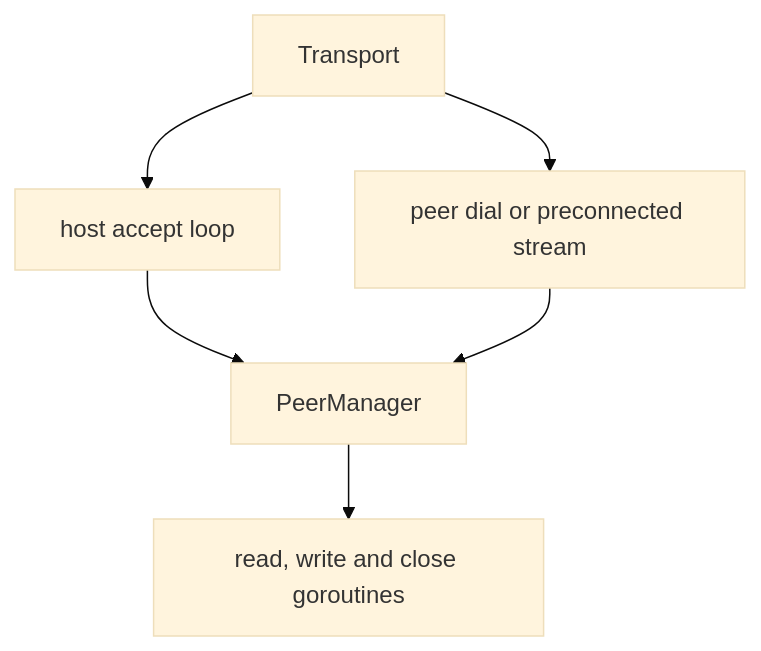
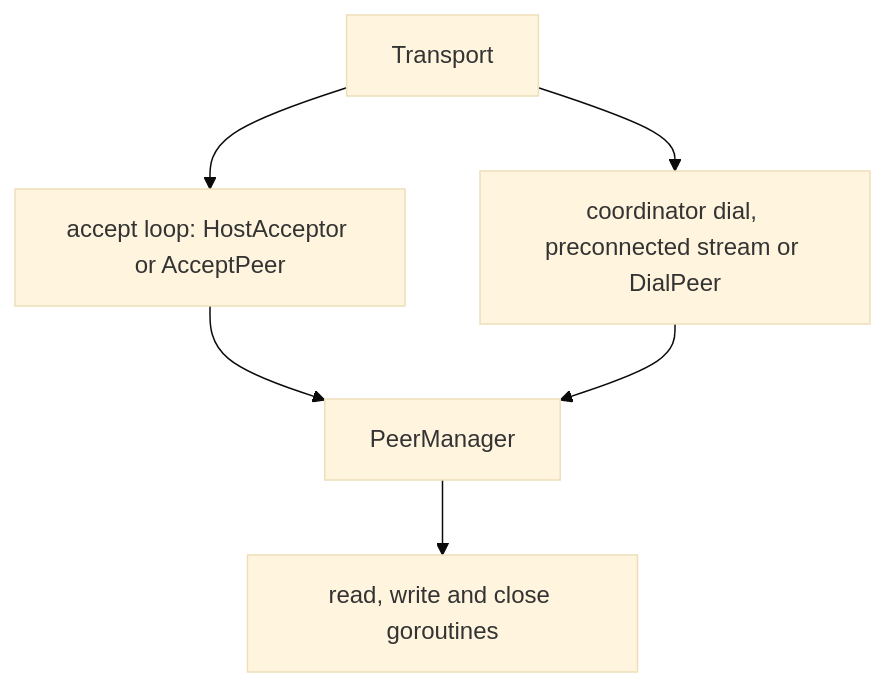
The third of 3 diagrams in doc/services-and-networking.md (lixenwraith/vif), drawn with Mermaid (base theme) before and after one commit. The commit also changed other lines of this file and 3 other files, not shown here.

````diff
--- a/doc/services-and-networking.md
+++ b/doc/services-and-networking.md
@@ -218,8 +221,8 @@
 ```mermaid
 flowchart TD
-    Transport["Transport"] --> Listener["host accept loop"]
-    Transport --> Dial["peer dial or preconnected stream"]
+    Transport["Transport"] --> Listener["accept loop: HostAcceptor or AcceptPeer"]
+    Transport --> Dial["coordinator dial, preconnected stream or DialPeer"]
     Listener --> Manager["PeerManager"]
     Dial --> Manager
     Manager --> Peer["read, write and close goroutines"]
 ```
````
